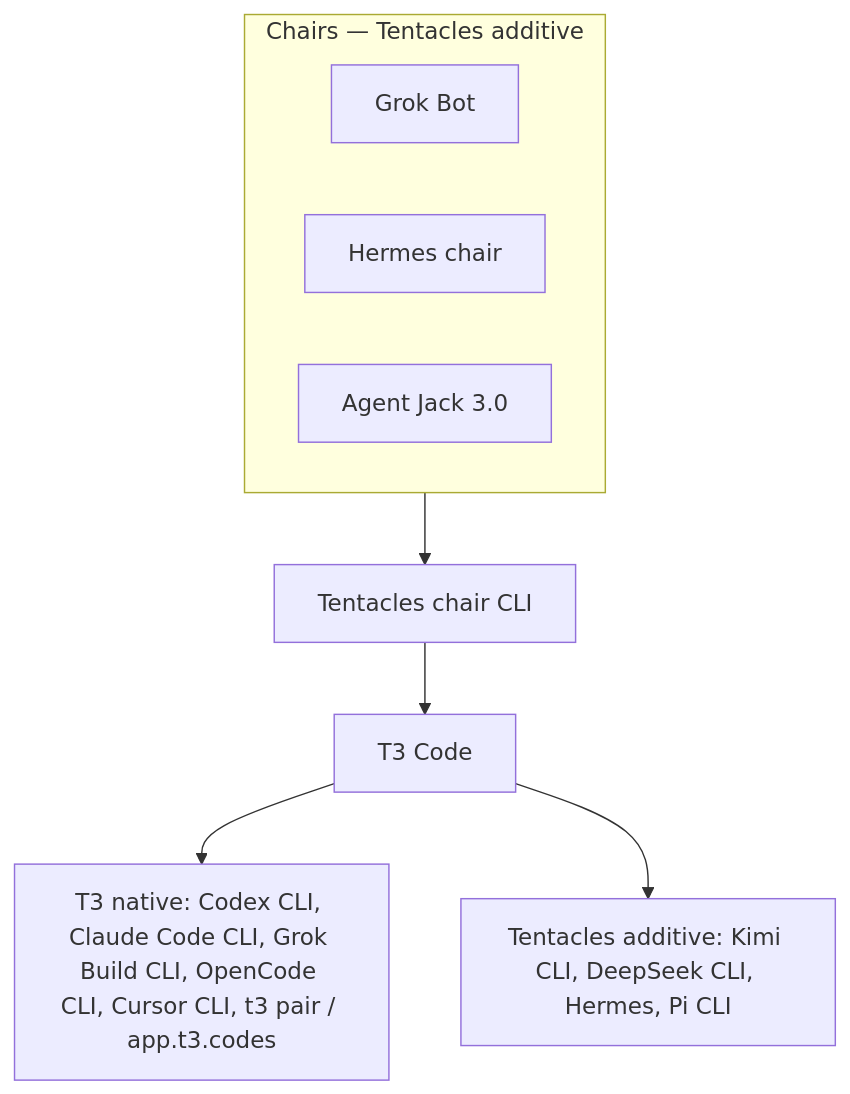
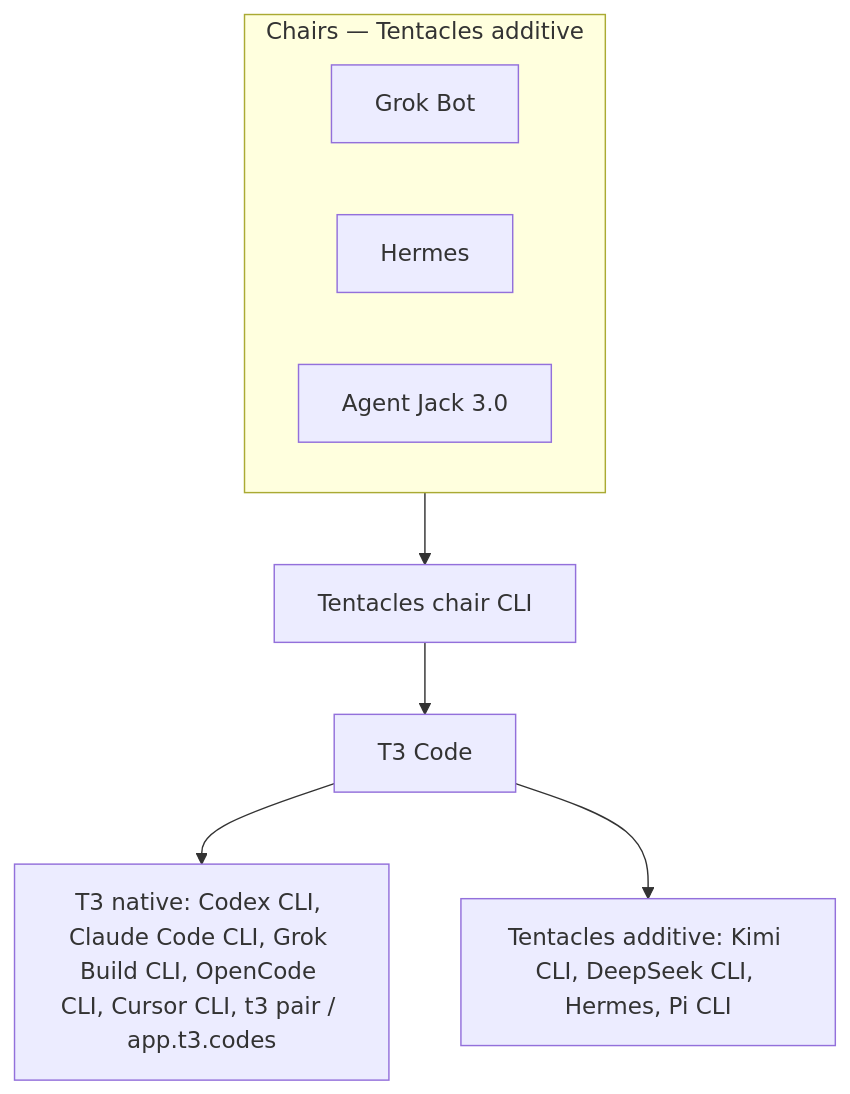
One commit to m-check1B/t3-code-tentacles changed the diagram in README.md. Above: the diagram before and after it, drawn with Mermaid. The commit also changed other lines of this file and 2 other files, not shown here.

````diff
--- a/README.md
+++ b/README.md
@@ -89,13 +89,13 @@
 ```mermaid
 flowchart TB
     subgraph Chairs["Chairs — Tentacles additive"]
         direction LR
         GrokBot["Grok Bot"]
-        HermesChair["Hermes chair"]
+        HermesChair["Hermes"]
         Jack["Agent Jack 3.0"]
     end
     Chairs --> ChairCLI["Tentacles chair CLI"]
     ChairCLI --> T3["T3 Code"]
     T3 --> Native["T3 native: Codex CLI, Claude Code CLI, Grok Build CLI, OpenCode CLI, Cursor CLI, t3 pair / app.t3.codes"]
     T3 --> Additive["Tentacles additive: Kimi CLI, DeepSeek CLI, Hermes, Pi CLI"]
 ```
````
